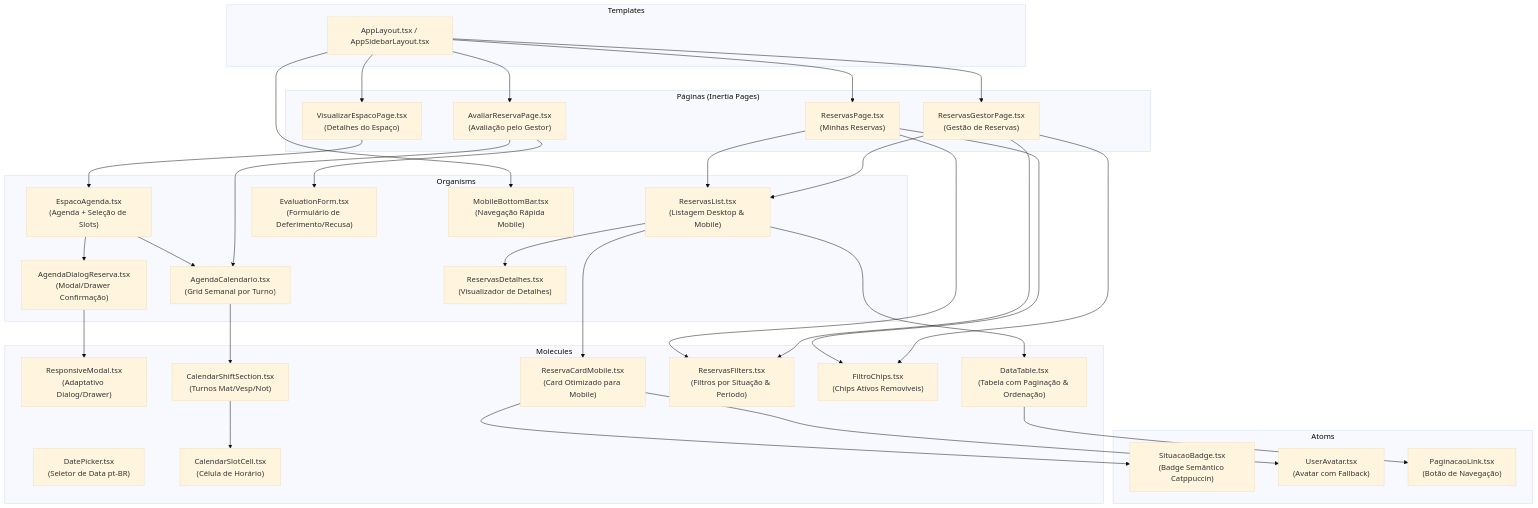
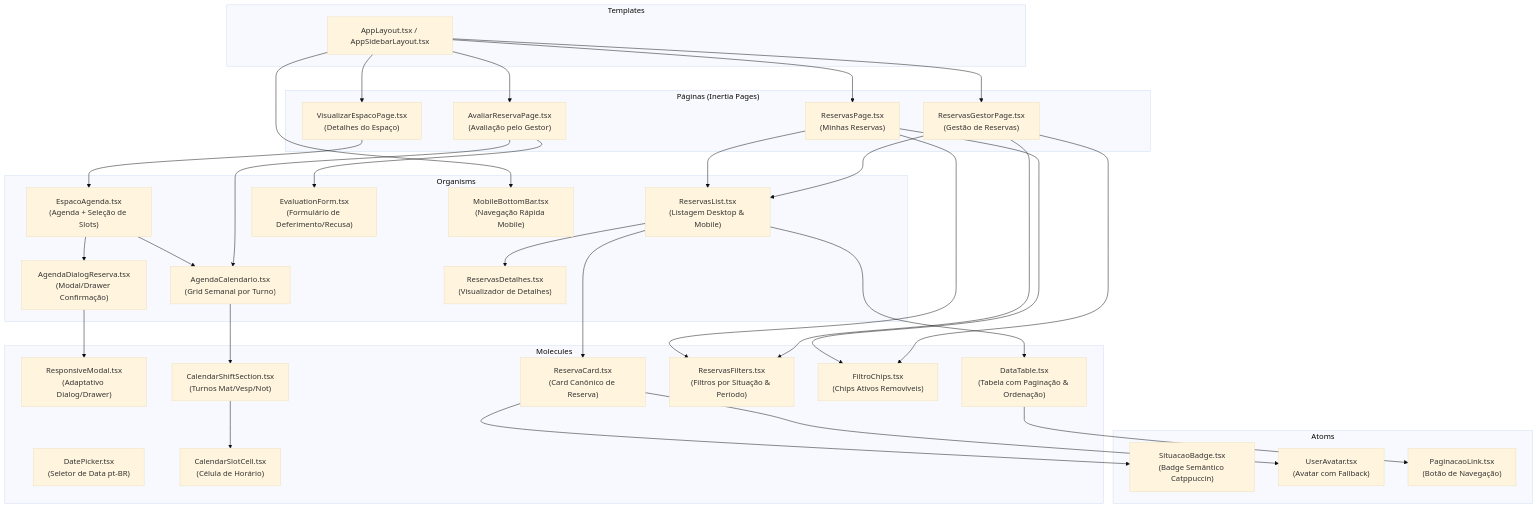
Before and after one commit to uniespacos/app: diagram 13 of 14 in docs/core-workflow-report.md, drawn with Mermaid (base theme). The commit also changed other lines of this file and 7 other files, not shown here.

First line of the commit message:
refactor: renomeia ReservaCardMobile para ReservaCard

````diff
--- a/docs/core-workflow-report.md
+++ b/docs/core-workflow-report.md
@@ -663,53 +663,53 @@
 ```mermaid
 graph TD
     subgraph "Páginas (Inertia Pages)"
         VP["VisualizarEspacoPage.tsx<br/>(Detalhes do Espaço)"]
         RP["ReservasPage.tsx<br/>(Minhas Reservas)"]
         RGP["ReservasGestorPage.tsx<br/>(Gestão de Reservas)"]
         AVP["AvaliarReservaPage.tsx<br/>(Avaliação pelo Gestor)"]
     end
 
     subgraph "Templates"
         AL["AppLayout.tsx / AppSidebarLayout.tsx"]
     end
 
     subgraph "Organisms"
         EA["EspacoAgenda.tsx<br/>(Agenda + Seleção de Slots)"]
         AC["AgendaCalendario.tsx<br/>(Grid Semanal por Turno)"]
         ADR["AgendaDialogReserva.tsx<br/>(Modal/Drawer Confirmação)"]
         RL["ReservasList.tsx<br/>(Listagem Desktop & Mobile)"]
         RD["ReservasDetalhes.tsx<br/>(Visualizador de Detalhes)"]
         EF["EvaluationForm.tsx<br/>(Formulário de Deferimento/Recusa)"]
         MBB["MobileBottomBar.tsx<br/>(Navegação Rápida Mobile)"]
     end
 
     subgraph "Molecules"
         RM["ResponsiveModal.tsx<br/>(Adaptativo Dialog/Drawer)"]
         DT["DataTable.tsx<br/>(Tabela com Paginação & Ordenação)"]
-        RCM["ReservaCardMobile.tsx<br/>(Card Otimizado para Mobile)"]
+        RCM["ReservaCard.tsx<br/>(Card Canônico de Reserva)"]
         RF["ReservasFilters.tsx<br/>(Filtros por Situação & Período)"]
         FC["FiltroChips.tsx<br/>(Chips Ativos Removíveis)"]
         DP["DatePicker.tsx<br/>(Seletor de Data pt-BR)"]
         CSC["CalendarSlotCell.tsx<br/>(Célula de Horário)"]
         CSS["CalendarShiftSection.tsx<br/>(Turnos Mat/Vesp/Not)"]
     end
 
     subgraph "Atoms"
         SB["SituacaoBadge.tsx<br/>(Badge Semântico Catppuccin)"]
         UA["UserAvatar.tsx<br/>(Avatar com Fallback)"]
         PL["PaginacaoLink.tsx<br/>(Botão de Navegação)"]
     end
 
     AL --> VP & RP & RGP & AVP
     AL --> MBB
     VP --> EA
     EA --> AC & ADR
     AC --> CSS --> CSC
     ADR --> RM
     RP --> RF & FC & RL
     RL --> DT & RCM & RD
     RGP --> RF & FC & RL
     AVP --> EF & AC
     RCM --> SB & UA
     DT --> PL
 ```
````
